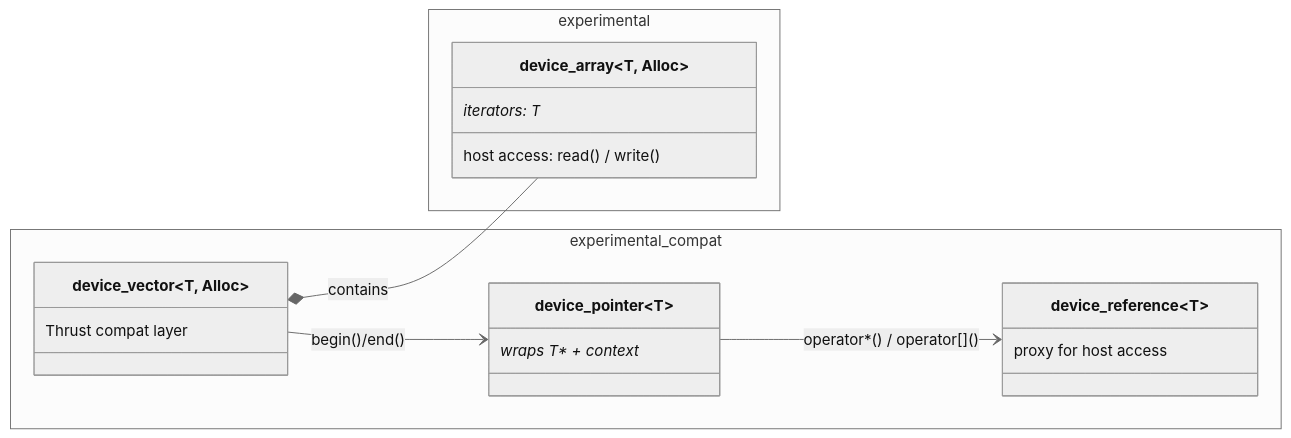
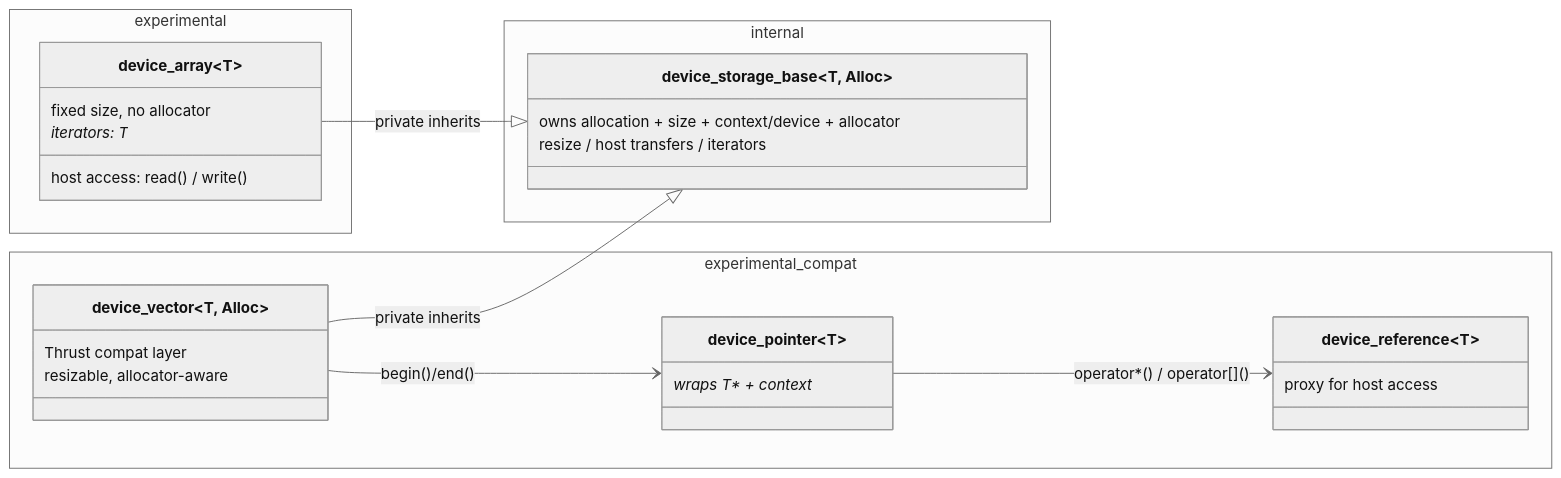
Before and after one commit to uxlfoundation/oneDPL: the diagram in rfcs/proposed/device_vector/README.md, drawn with Mermaid (neutral theme). The commit also changed other lines of this file and 2 other files, not shown here.

Commit message:
adding shared __device_storage_base detail

````diff
--- a/rfcs/proposed/device_vector/README.md
+++ b/rfcs/proposed/device_vector/README.md
@@ -73,29 +84,39 @@
 ```mermaid
 classDiagram
     direction LR
 
+    namespace internal {
+        class device_storage_base~T, Alloc~ {
+            owns allocation + size + context/device + allocator
+            resize / host transfers / iterators
+        }
+    }
+
     namespace experimental {
-        class device_array~T, Alloc~ {
+        class device_array~T~ {
+            fixed size, no allocator
             iterators: T*
             host access: read() / write()
         }
     }
 
     namespace experimental_compat {
         class device_vector~T, Alloc~ {
             Thrust compat layer
+            resizable, allocator-aware
         }
 
         class device_pointer~T~ {
             wraps T* + context*
         }
 
         class device_reference~T~ {
             proxy for host access
         }
     }
 
-    device_vector *-- device_array : contains
+    device_array --|> device_storage_base : private inherits
+    device_vector --|> device_storage_base : private inherits
     device_vector --> device_pointer : begin()/end()
     device_pointer --> device_reference : operator*() / operator[]()
 ```
````
